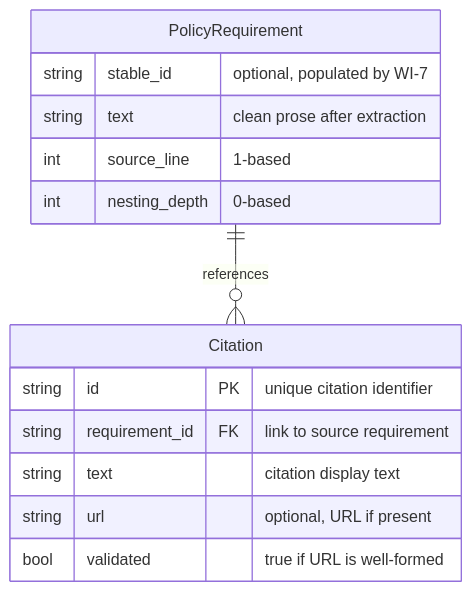
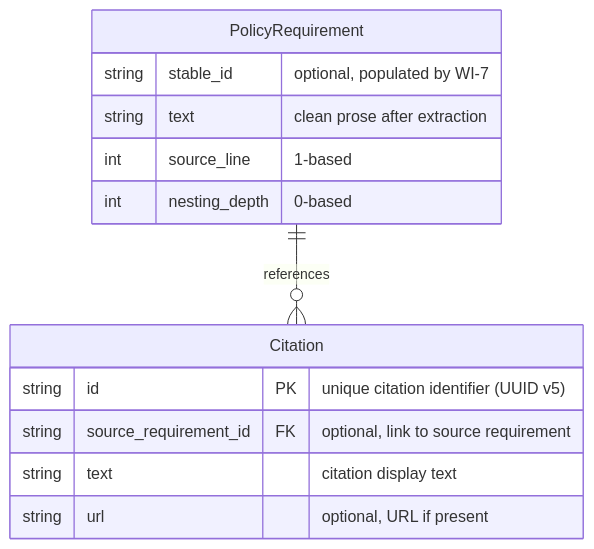
Before and after one commit to policy-forge/forge: the second of 3 diagrams in docs/PRD/008-prd-citation-extraction.md, drawn with Mermaid. The commit also changed other lines of this file and 5 other files, not shown here.

````diff
--- a/docs/PRD/008-prd-citation-extraction.md
+++ b/docs/PRD/008-prd-citation-extraction.md
@@ -247,18 +247,17 @@
 ```mermaid
 erDiagram
     PolicyRequirement ||--o{ Citation : references
 
     PolicyRequirement {
         string stable_id "optional, populated by WI-7"
         string text "clean prose after extraction"
         int source_line "1-based"
         int nesting_depth "0-based"
     }
     Citation {
-        string id PK "unique citation identifier"
-        string requirement_id FK "link to source requirement"
+        string id PK "unique citation identifier (UUID v5)"
+        string source_requirement_id FK "optional, link to source requirement"
         string text "citation display text"
         string url "optional, URL if present"
-        bool validated "true if URL is well-formed"
     }
 ```
````
